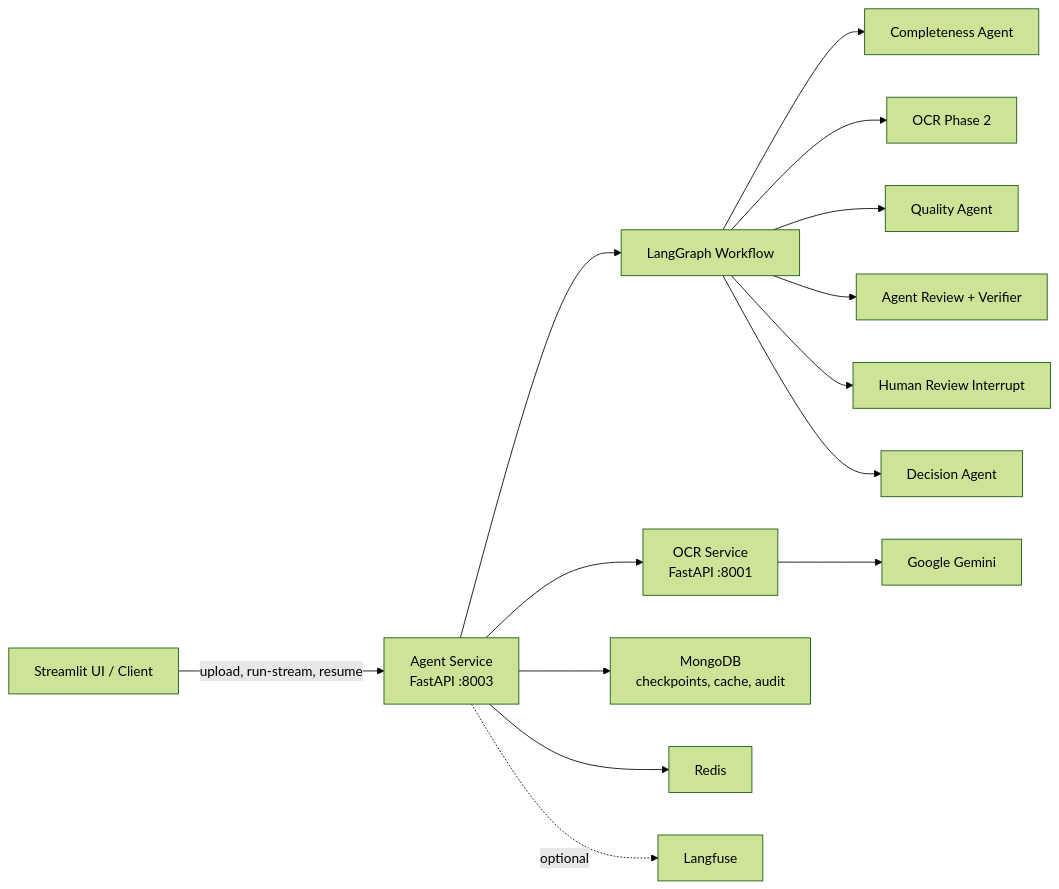
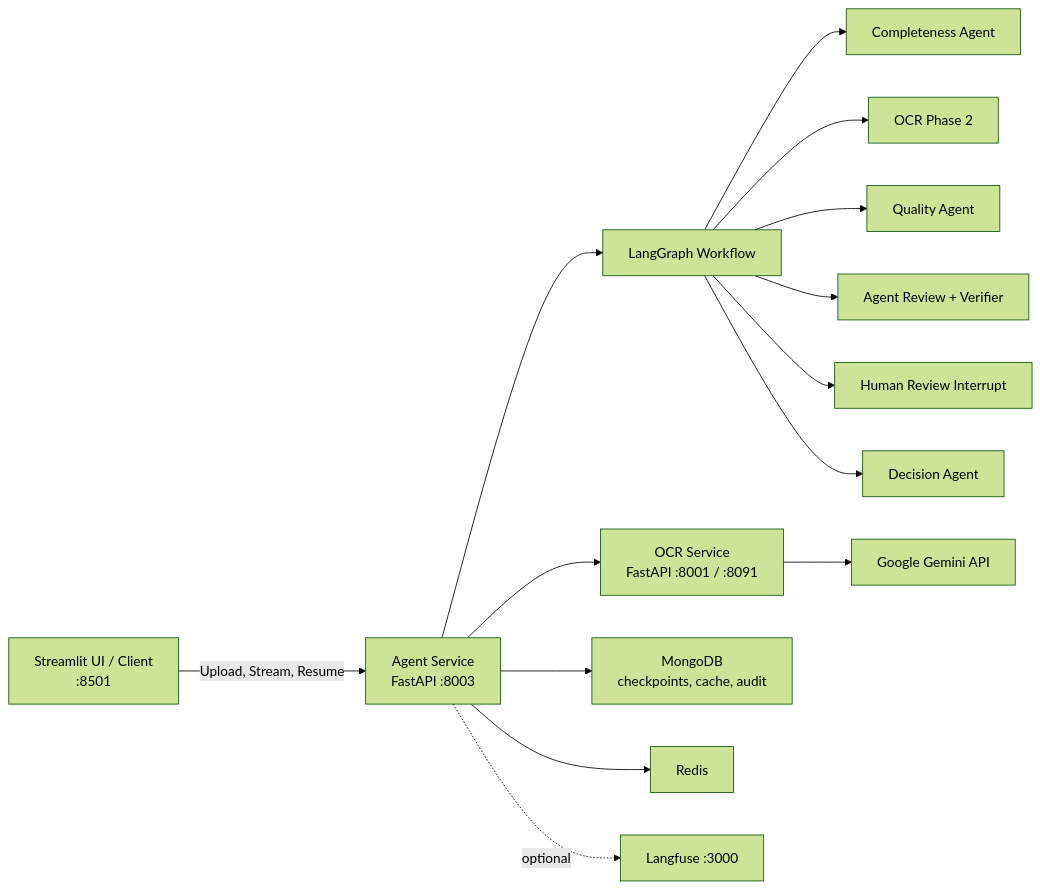
Before and after one commit to anhtuan23004/Undergraduate-thesis-2026: the diagram in README.md, drawn with Mermaid (forest theme). The commit also changed other lines of this file, not shown here.

````diff
--- a/README.md
+++ b/README.md
@@ -34,19 +11,19 @@
 ```mermaid
 flowchart LR
-    UI["Streamlit UI / Client"] -->|"upload, run-stream, resume"| AgentAPI["Agent Service<br/>FastAPI :8003"]
+    UI["Streamlit UI / Client<br/>:8501"] -->|"Upload, Stream, Resume"| AgentAPI["Agent Service<br/>FastAPI :8003"]
 
     AgentAPI --> Graph["LangGraph Workflow"]
     Graph --> Completeness["Completeness Agent"]
     Graph --> OCRPhase2["OCR Phase 2"]
     Graph --> Quality["Quality Agent"]
     Graph --> Review["Agent Review + Verifier"]
     Graph --> Human["Human Review Interrupt"]
     Graph --> Decision["Decision Agent"]
 
-    AgentAPI --> OCR["OCR Service<br/>FastAPI :8001"]
-    OCR --> Gemini["Google Gemini"]
+    AgentAPI --> OCR["OCR Service<br/>FastAPI :8001 / :8091"]
+    OCR --> Gemini["Google Gemini API"]
 
     AgentAPI --> Mongo["MongoDB<br/>checkpoints, cache, audit"]
     AgentAPI --> Redis["Redis"]
-    AgentAPI -. optional .-> Langfuse["Langfuse"]
+    AgentAPI -. optional .-> Langfuse["Langfuse :3000"]
 ```
````
